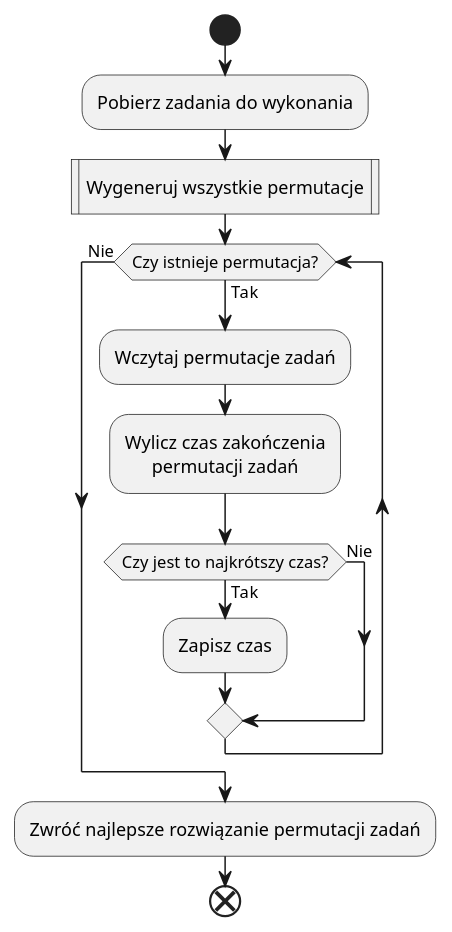
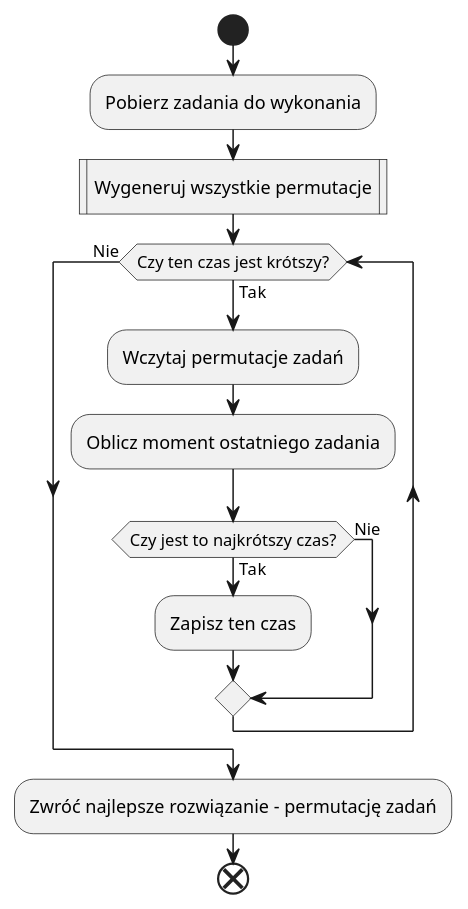
The diagram in chapters/chapter4/brute_force.pu (gumikola/master-thesis-doc), drawn with PlantUML before and after one commit. The commit also changed 17 other files, not shown here.

```diff
--- a/chapters/chapter4/brute_force.pu
+++ b/chapters/chapter4/brute_force.pu
@@ -1,20 +1,20 @@
 @startuml brute_force
 skinparam monochrome true
 skinparam shadowing false
 skinparam defaultTextAlignment center
 
 start
 :Pobierz zadania do wykonania;
 :Wygeneruj wszystkie permutacje|
-while (Czy istnieje permutacja?) is (Tak)
+while (Czy ten czas jest krótszy?) is (Tak)
   :Wczytaj permutacje zadań;
-  :Wylicz czas zakończenia\npermutacji zadań;
+  :Oblicz moment ostatniego zadania;
   if (Czy jest to najkrótszy czas?) then (Tak)
-    :Zapisz czas;
+    :Zapisz ten czas;
   else (Nie)
   endif
 endwhile (Nie)
-:Zwróć najlepsze rozwiązanie permutacji zadań;
+:Zwróć najlepsze rozwiązanie - permutację zadań;
 end
 
 @enduml
```
